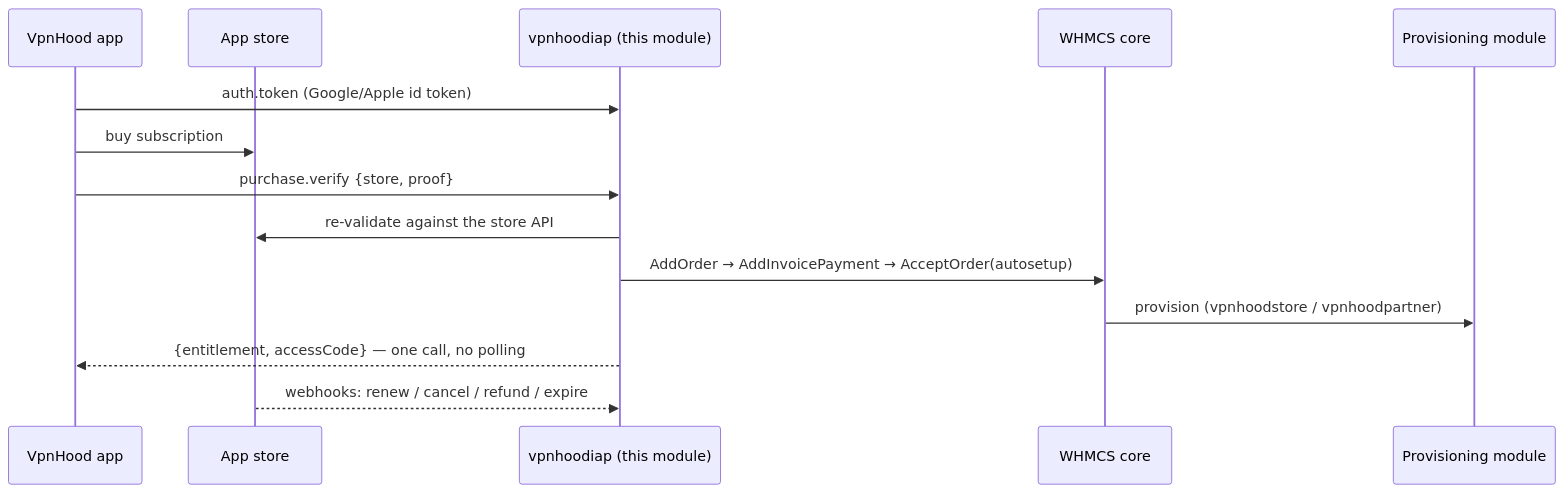
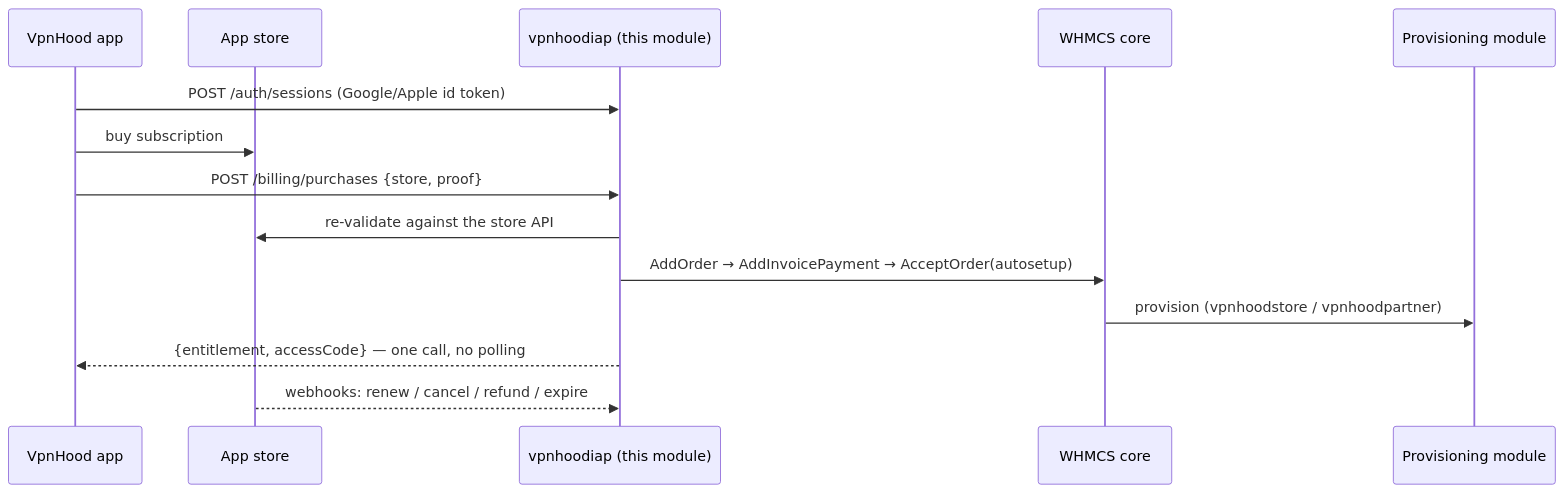
One commit to vpnhood/VpnHood.WHMCS.Iap changed the diagram in README.md. Above: the diagram before and after it, drawn with Mermaid. The commit also changed other lines of this file and 15 other files, not shown here.

````diff
--- a/README.md
+++ b/README.md
@@ -16,17 +16,17 @@
 ```mermaid
 sequenceDiagram
     participant App as VpnHood app
     participant Store as App store
     participant Iap as vpnhoodiap (this module)
     participant WHMCS as WHMCS core
     participant Prov as Provisioning module
 
-    App->>Iap: auth.token (Google/Apple id token)
+    App->>Iap: POST /auth/sessions (Google/Apple id token)
     App->>Store: buy subscription
-    App->>Iap: purchase.verify {store, proof}
+    App->>Iap: POST /billing/purchases {store, proof}
     Iap->>Store: re-validate against the store API
     Iap->>WHMCS: AddOrder → AddInvoicePayment → AcceptOrder(autosetup)
     WHMCS->>Prov: provision (vpnhoodstore / vpnhoodpartner)
     Iap-->>App: {entitlement, accessCode} — one call, no polling
     Store-->>Iap: webhooks: renew / cancel / refund / expire
 ```
````
